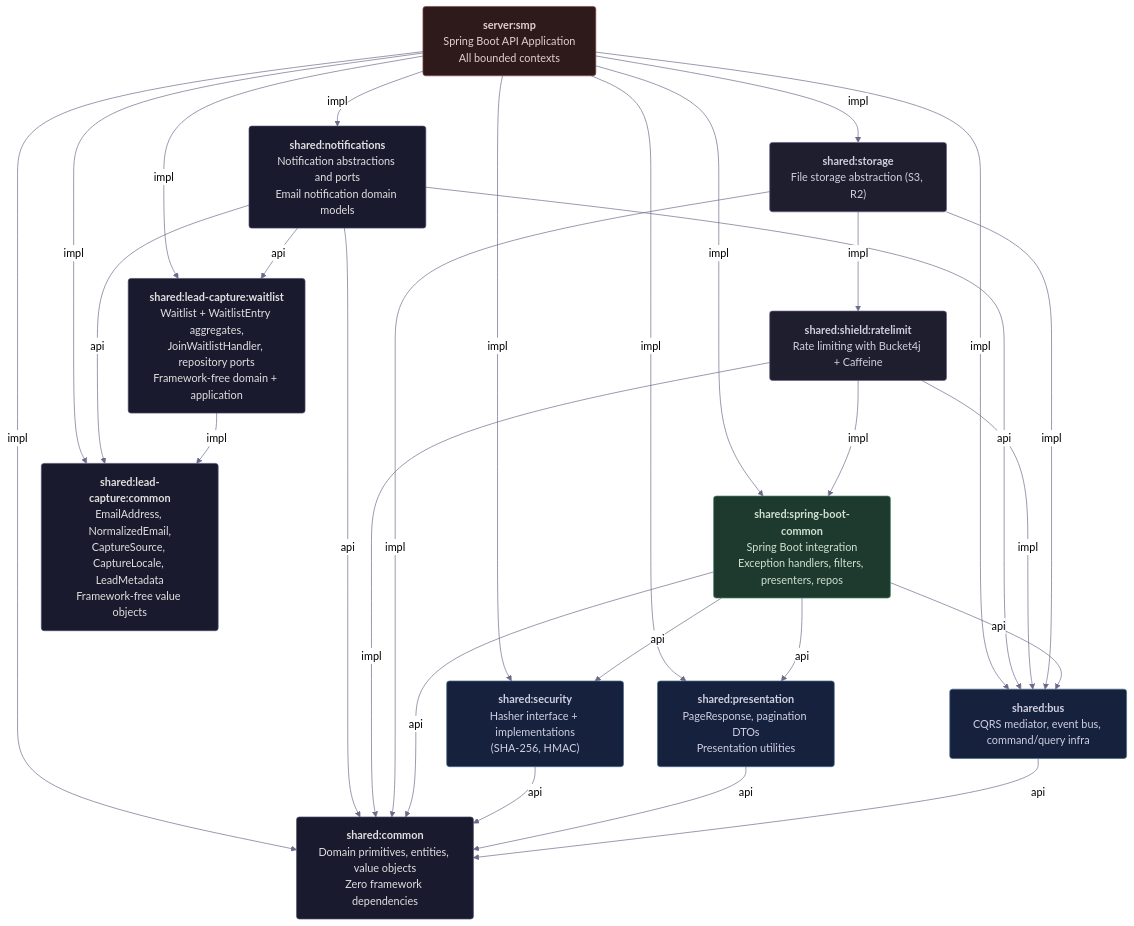
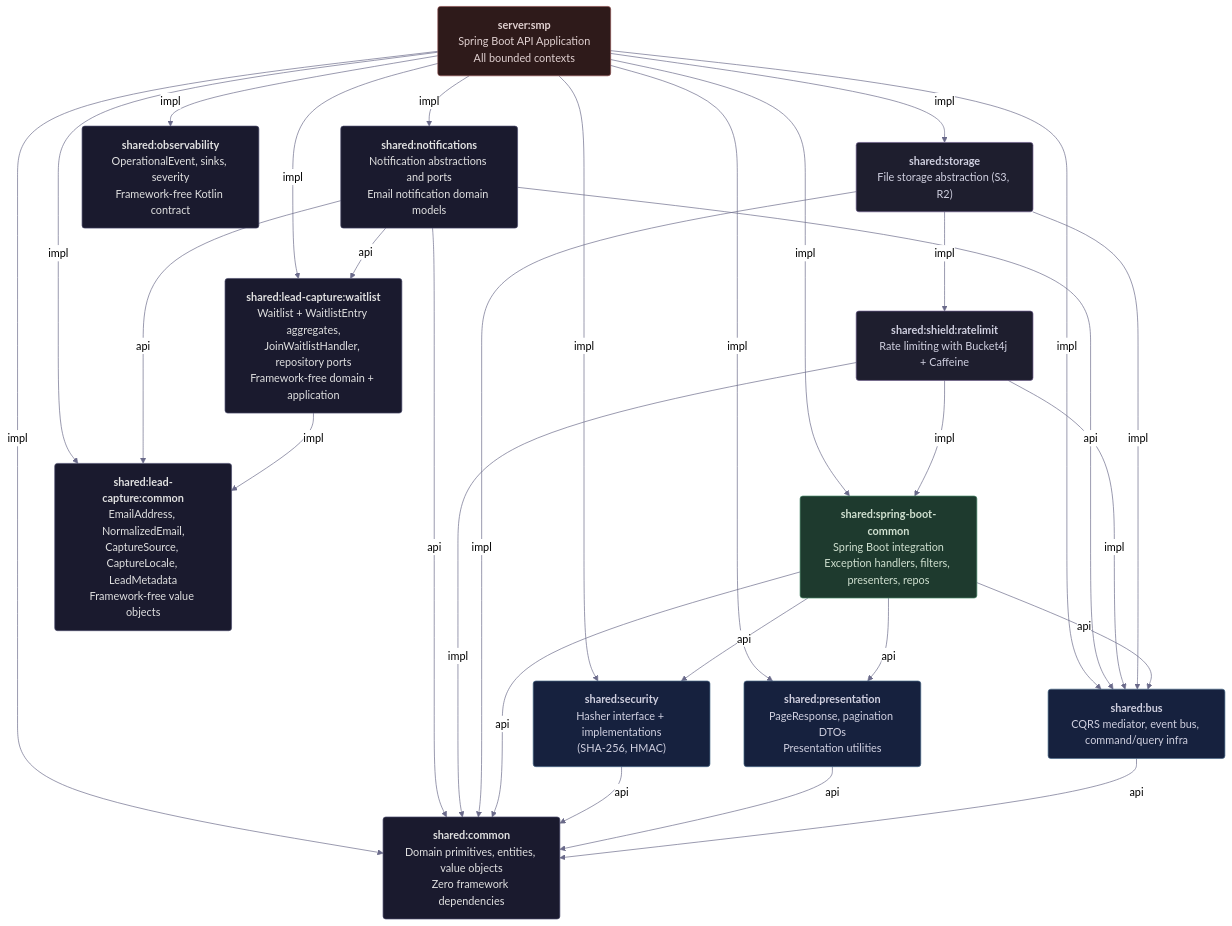
One commit to dallay/profiletailors.com changed the diagram in docs/architecture/shared/dependencies.md. Above: the diagram before and after it, drawn with Mermaid. The commit also changed other lines of this file and 8 other files, not shown here.

Commit message:
Add shared observability usage standard documentation

````diff
--- a/docs/architecture/shared/dependencies.md
+++ b/docs/architecture/shared/dependencies.md
@@ -39,62 +47,64 @@
 ```mermaid
 %%{init: {'theme':'neutral', 'themeVariables': {'primaryColor':'#1a1a2e','primaryTextColor':'#e0e0e0','primaryBorderColor':'#4a4a6a','lineColor':'#6a6a8a','tertiaryColor':'#16213e'}}}%%
 
 graph TB
     %% MODULE NODES
     COMMON["<b>shared:common</b><br/>Domain primitives, entities, value objects<br/>Zero framework dependencies"]
     BUS["<b>shared:bus</b><br/>CQRS mediator, event bus, command/query infra"]
     PRESENTATION["<b>shared:presentation</b><br/>PageResponse, pagination DTOs<br/>Presentation utilities"]
     SECURITY["<b>shared:security</b><br/>Hasher interface + implementations<br/>(SHA-256, HMAC)"]
     SBC["<b>shared:spring-boot-common</b><br/>Spring Boot integration<br/>Exception handlers, filters, presenters, repos"]
     STORAGE["<b>shared:storage</b><br/>File storage abstraction (S3, R2)"]
     RATELIMIT["<b>shared:shield:ratelimit</b><br/>Rate limiting with Bucket4j + Caffeine"]
     LC_COMMON["<b>shared:lead-capture:common</b><br/>EmailAddress, NormalizedEmail,<br/>CaptureSource, CaptureLocale, LeadMetadata<br/>Framework-free value objects"]
     LC_WAITLIST["<b>shared:lead-capture:waitlist</b><br/>Waitlist + WaitlistEntry aggregates,<br/>JoinWaitlistHandler, repository ports<br/>Framework-free domain + application"]
     NOTIFICATIONS["<b>shared:notifications</b><br/>Notification abstractions and ports<br/>Email notification domain models"]
+    OBSERVABILITY["<b>shared:observability</b><br/>OperationalEvent, sinks, severity<br/>Framework-free Kotlin contract"]
 
     %% CLIENT NODES
     SMP["<b>server:smp</b><br/>Spring Boot API Application<br/>All bounded contexts"]
 
     %% COMPILE DEPENDENCIES (api / implementation)
     BUS -->|api| COMMON
     PRESENTATION -->|api| COMMON
     SECURITY -->|api| COMMON
     SBC -->|api| COMMON
     SBC -->|api| BUS
     SBC -->|api| SECURITY
     SBC -->|api| PRESENTATION
     STORAGE -->|impl| COMMON
     STORAGE -->|impl| BUS
     STORAGE -->|impl| RATELIMIT
     RATELIMIT -->|impl| COMMON
     RATELIMIT -->|impl| BUS
     RATELIMIT -->|impl| SBC
     LC_WAITLIST -->|impl| LC_COMMON
     NOTIFICATIONS -->|api| COMMON
     NOTIFICATIONS -->|api| BUS
     NOTIFICATIONS -->|api| LC_COMMON
     NOTIFICATIONS -->|api| LC_WAITLIST
     SMP -->|impl| COMMON
     SMP -->|impl| BUS
     SMP -->|impl| SECURITY
     SMP -->|impl| PRESENTATION
     SMP -->|impl| SBC
     SMP -->|impl| STORAGE
     SMP -->|impl| LC_COMMON
     SMP -->|impl| LC_WAITLIST
     SMP -->|impl| NOTIFICATIONS
+    SMP -->|impl| OBSERVABILITY
 
     %% STYLING
     classDef foundation fill:#1a1a2e,stroke:#4a4a6a,color:#e0e0e0,rx:4px
     classDef shared fill:#16213e,stroke:#4a6a8a,color:#d0d0e0,rx:4px
     classDef spring fill:#1e3a2e,stroke:#4a8a6a,color:#d0e0d0,rx:4px
     classDef client fill:#2e1a1a,stroke:#8a4a4a,color:#e0d0d0,rx:4px
     classDef infra fill:#1e1e2e,stroke:#6a5a8a,color:#d0d0e0,rx:4px
 
     class COMMON foundation
     class BUS,PRESENTATION,SECURITY shared
     class SBC spring
     class STORAGE,RATELIMIT infra
-    class LC_COMMON,LC_WAITLIST,NOTIFICATIONS foundation
+    class LC_COMMON,LC_WAITLIST,NOTIFICATIONS,OBSERVABILITY foundation
     class SMP client
 ```
````
